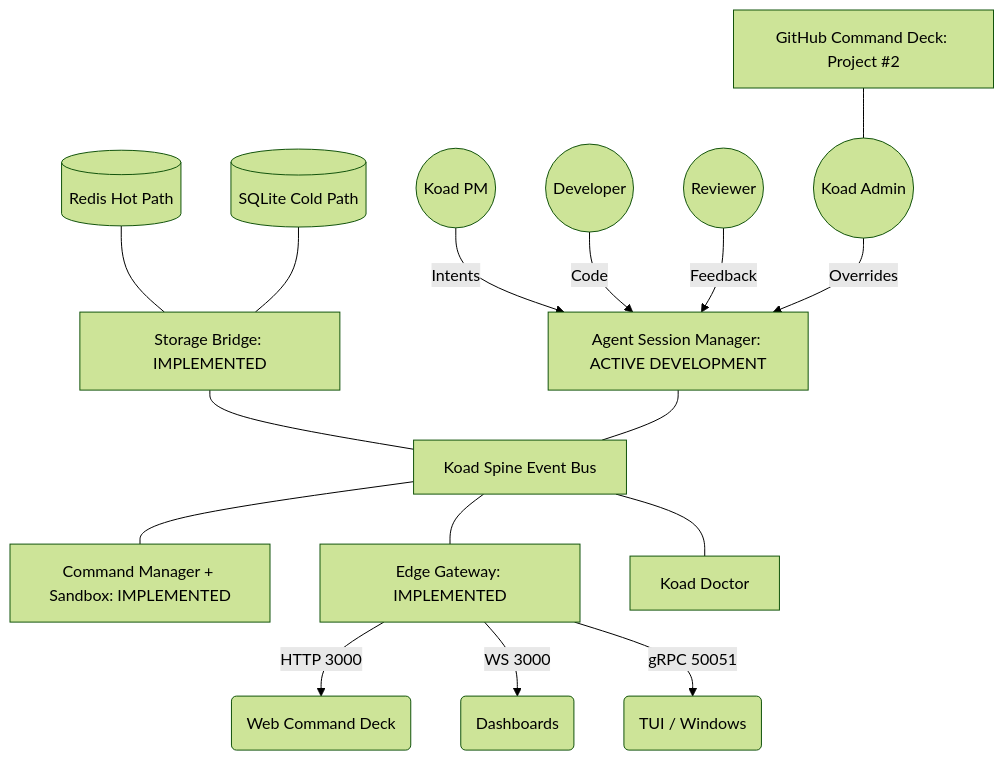
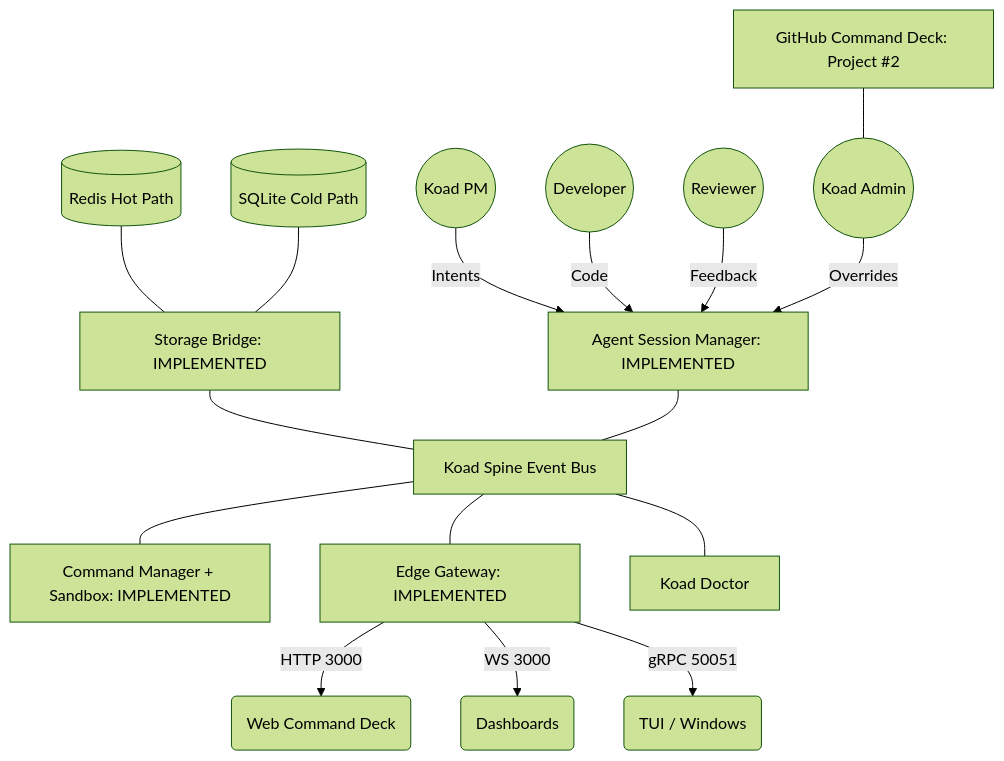
The diagram in ARCHITECTURE.md (Fryymann/koad-os), drawn with Mermaid (forest theme) before and after one commit. The commit also changed 5 other files, not shown here.

Commit message:
feat(v3/asm): implement Agent Session Manager and session/environment primitives #3

````diff
--- a/ARCHITECTURE.md
+++ b/ARCHITECTURE.md
@@ -10,30 +10,30 @@
 ```mermaid
 graph TD
     %% Core Memory
     Redis[(Redis Hot Path)] --- Storage[Storage Bridge: IMPLEMENTED]
     SQLite[(SQLite Cold Path)] --- Storage
     Storage --- SPINE[Koad Spine Event Bus]
 
     %% Agent Layer (Subscribers/Publishers)
-    PM((Koad PM)) -->|Intents| ASM[Agent Session Manager: ACTIVE DEVELOPMENT]
+    PM((Koad PM)) -->|Intents| ASM[Agent Session Manager: IMPLEMENTED]
     DEV((Developer)) -->|Code| ASM
     REV((Reviewer)) -->|Feedback| ASM
     ADMIN((Koad Admin)) -->|Overrides| ASM
     
     %% Oversight Layer
     DECK[GitHub Command Deck: Project #2] --- ADMIN
     
     ASM --- SPINE
 
     %% Execution Layer
     SPINE --- CMD[Command Manager + Sandbox: IMPLEMENTED]
     
     %% IO Layer
     SPINE --- EDGE[Edge Gateway: IMPLEMENTED]
     EDGE -->|HTTP 3000| WebDeck(Web Command Deck)
     EDGE -->|WS 3000| WSClients(Dashboards)
     EDGE -->|gRPC 50051| TUIClients(TUI / Windows)
     
     %% Diagnostics
     SPINE --- DOC[Koad Doctor]
 ```
````
